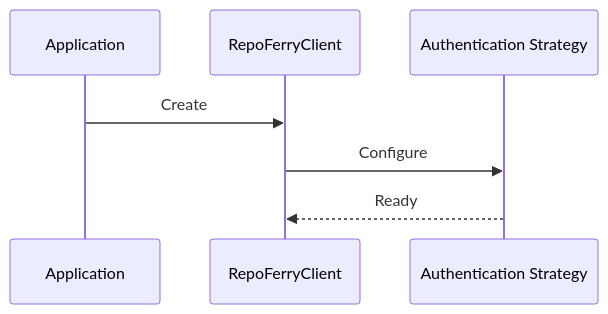
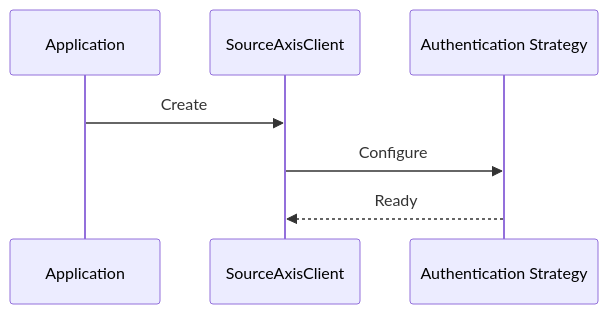
Before and after one commit to mriduldey/git-bridge: the fifth of 9 diagrams in docs/architecture/adr/ADR-006.md, drawn with Mermaid. The commit also changed other lines of this file and 118 other files, not shown here.

First line of the commit message:
Release v0.1.0: SourceAxis developer preview (#3)

````diff
--- a/docs/architecture/adr/ADR-006.md
+++ b/docs/architecture/adr/ADR-006.md
@@ -952,9 +952,9 @@
 ```mermaid
 sequenceDiagram
 
-Application->>RepoFerryClient: Create
+Application->>SourceAxisClient: Create
 
-RepoFerryClient->>Authentication Strategy: Configure
+SourceAxisClient->>Authentication Strategy: Configure
 
-Authentication Strategy-->>RepoFerryClient: Ready
+Authentication Strategy-->>SourceAxisClient: Ready
 ```
````
